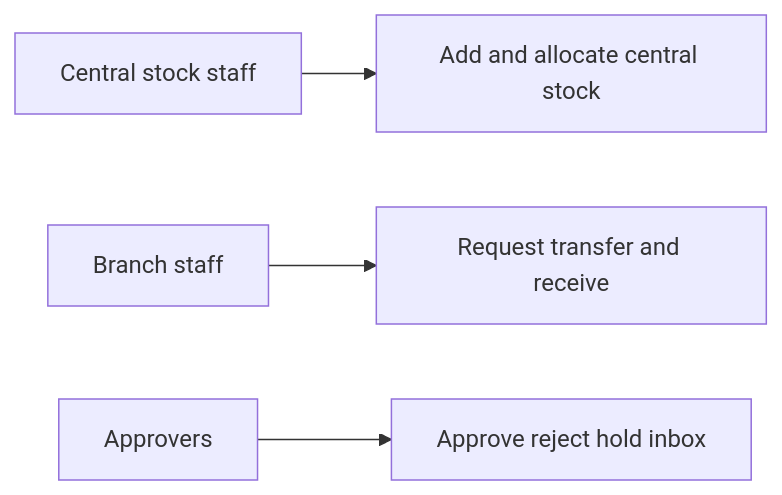
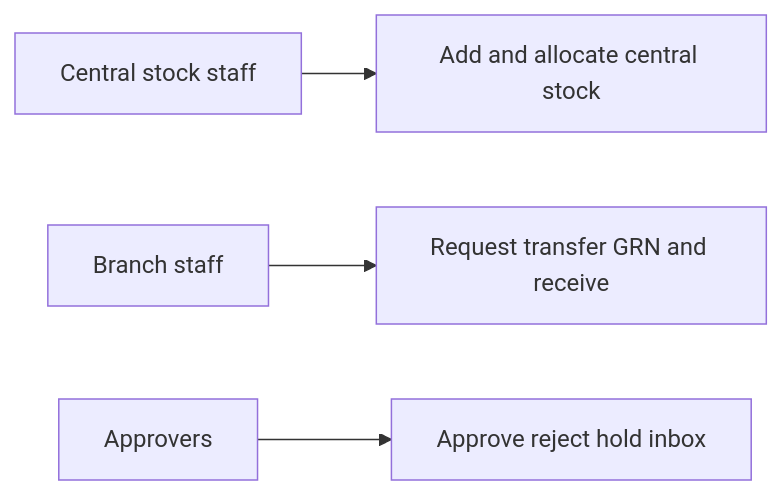
One commit to Aurifex-Innovations/ERP_docs changed the first of 9 diagrams in v0_final_docs/stock-management.md. Above: the diagram before and after it, drawn with Mermaid. The commit also changed other lines of this file, not shown here.

````diff
--- a/v0_final_docs/stock-management.md
+++ b/v0_final_docs/stock-management.md
@@ -44,6 +53,6 @@
 ```mermaid
 flowchart LR
   centralStaff["Central stock staff"] --> centralGoal["Add and allocate central stock"]
-  branchStaff["Branch staff"] --> branchGoal["Request transfer and receive"]
+  branchStaff["Branch staff"] --> branchGoal["Request transfer GRN and receive"]
   approver["Approvers"] --> approveGoal["Approve reject hold inbox"]
 ```
````
